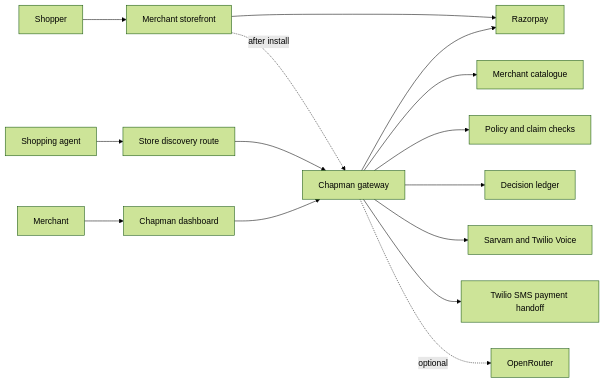
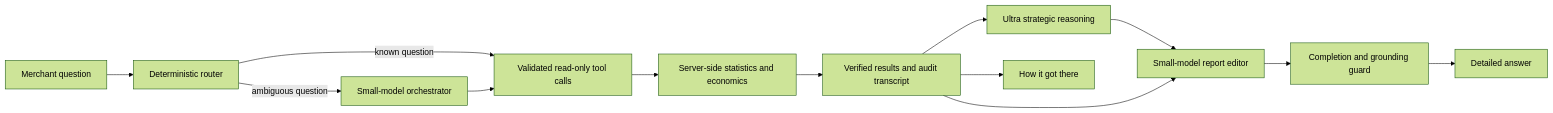
The second of 2 diagrams in README.md (supersanchayrx/RazorPay-Buildathon), drawn with Mermaid (forest theme) before and after one commit. The commit also changed other lines of this file and 34 other files, not shown here.

````diff
--- a/README.md
+++ b/README.md
@@ -60,19 +143,15 @@
 ```mermaid
 flowchart LR
-    Shopper[Shopper] --> Store[Merchant storefront]
-    Agent[Shopping agent] --> Discovery[Store discovery route]
-    Merchant[Merchant] --> Dashboard[Chapman dashboard]
-
-    Store --> Razorpay[Razorpay]
-    Store -. after install .-> Gateway[Chapman gateway]
-    Discovery --> Gateway
-    Dashboard --> Gateway
-
-    Gateway --> Catalog[Merchant catalogue]
-    Gateway --> Checks[Policy and claim checks]
-    Gateway --> Ledger[Decision ledger]
-    Gateway --> Razorpay
-    Gateway --> Voice[Sarvam and Twilio Voice]
-    Gateway --> SMS[Twilio SMS payment handoff]
-    Gateway -. optional .-> OpenRouter[OpenRouter]
+    Q[Merchant question] --> R[Deterministic router]
+    R -->|known question| V[Validated read-only tool calls]
+    R -->|ambiguous question| O[Small-model orchestrator]
+    O --> V
+    V --> C[Server-side statistics and economics]
+    C --> T[Verified results and audit transcript]
+    T --> U[Ultra strategic reasoning]
+    U --> P[Small-model report editor]
+    T --> P
+    P --> G[Completion and grounding guard]
+    G --> A[Detailed answer]
+    T --> H[How it got there]
 ```
````
